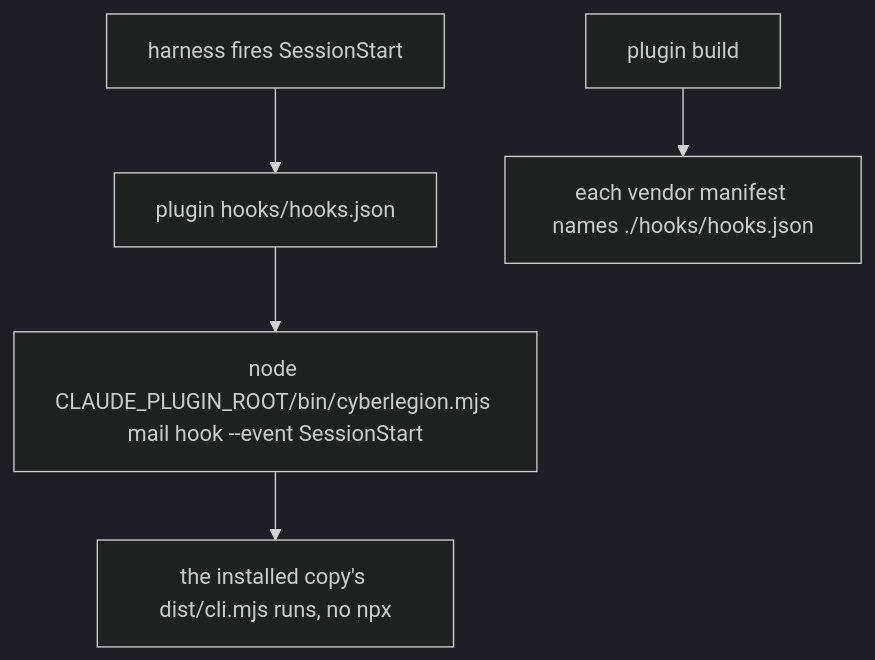
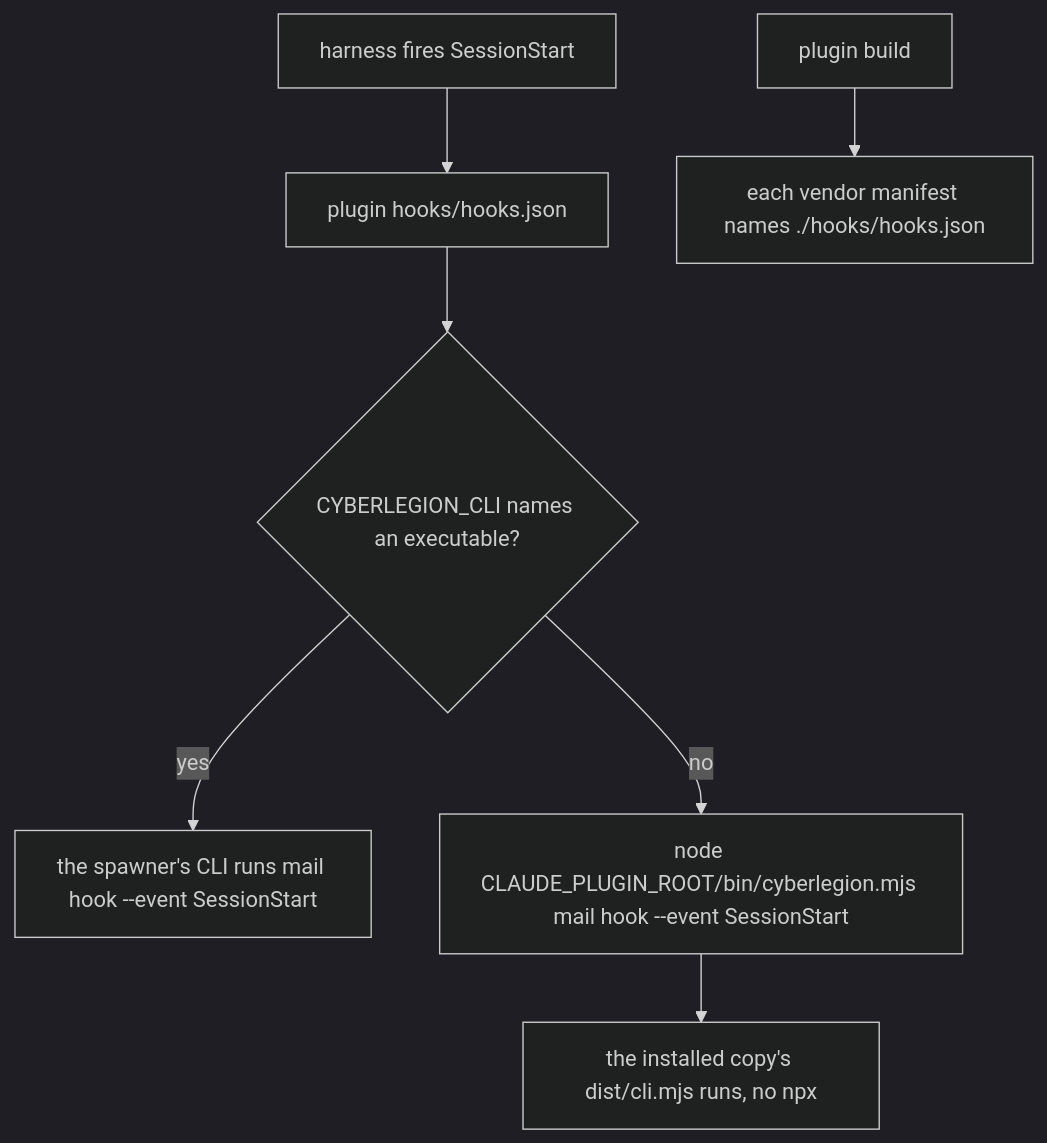
The diagram in .agents/specs/cyberlegion-plugin/mail-hook/README.md (cyberuni/cyberlegion), drawn with Mermaid (dark theme) before and after one commit. The commit also changed other lines of this file and 11 other files, not shown here.

First line of the commit message:
fix: run the spawner's CLI from a unit's plugin mail hook (#135)

````diff
--- a/.agents/specs/cyberlegion-plugin/mail-hook/README.md
+++ b/.agents/specs/cyberlegion-plugin/mail-hook/README.md
@@ -60,7 +71,9 @@
 ```mermaid
 graph TD
   FIRE[harness fires SessionStart] --> FILE[plugin hooks/hooks.json]
-  FILE --> CMD[node CLAUDE_PLUGIN_ROOT/bin/cyberlegion.mjs mail hook --event SessionStart]
+  FILE --> SEL{CYBERLEGION_CLI names an executable?}
+  SEL -- yes --> SPAWNER[the spawner's CLI runs mail hook --event SessionStart]
+  SEL -- no --> CMD[node CLAUDE_PLUGIN_ROOT/bin/cyberlegion.mjs mail hook --event SessionStart]
   CMD --> RUN[the installed copy's dist/cli.mjs runs, no npx]
   BUILD[plugin build] --> MANIFEST[each vendor manifest names ./hooks/hooks.json]
 ```
````
